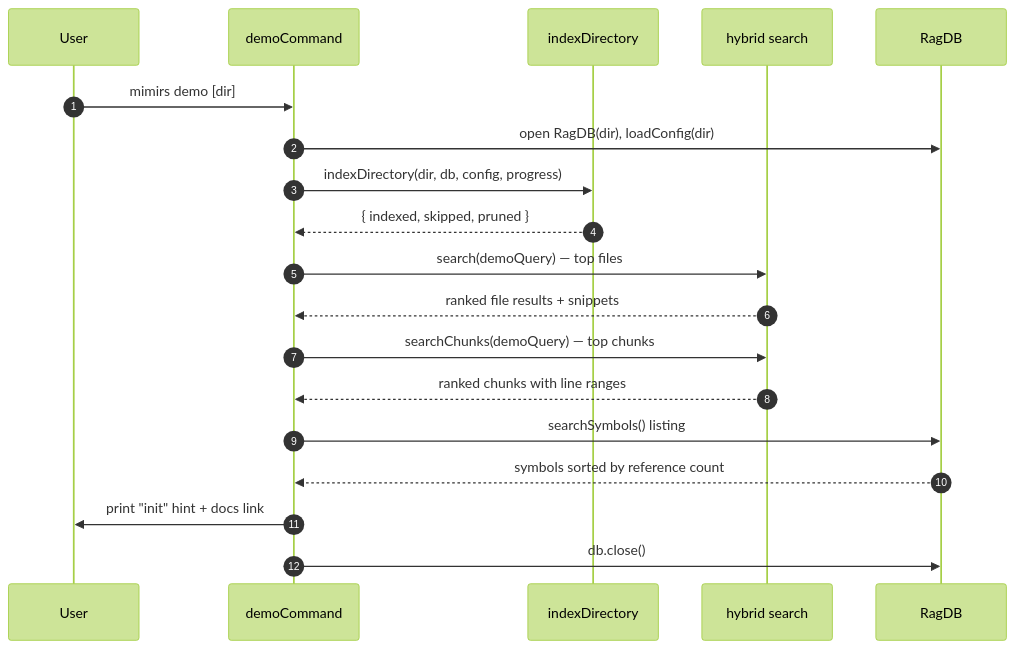
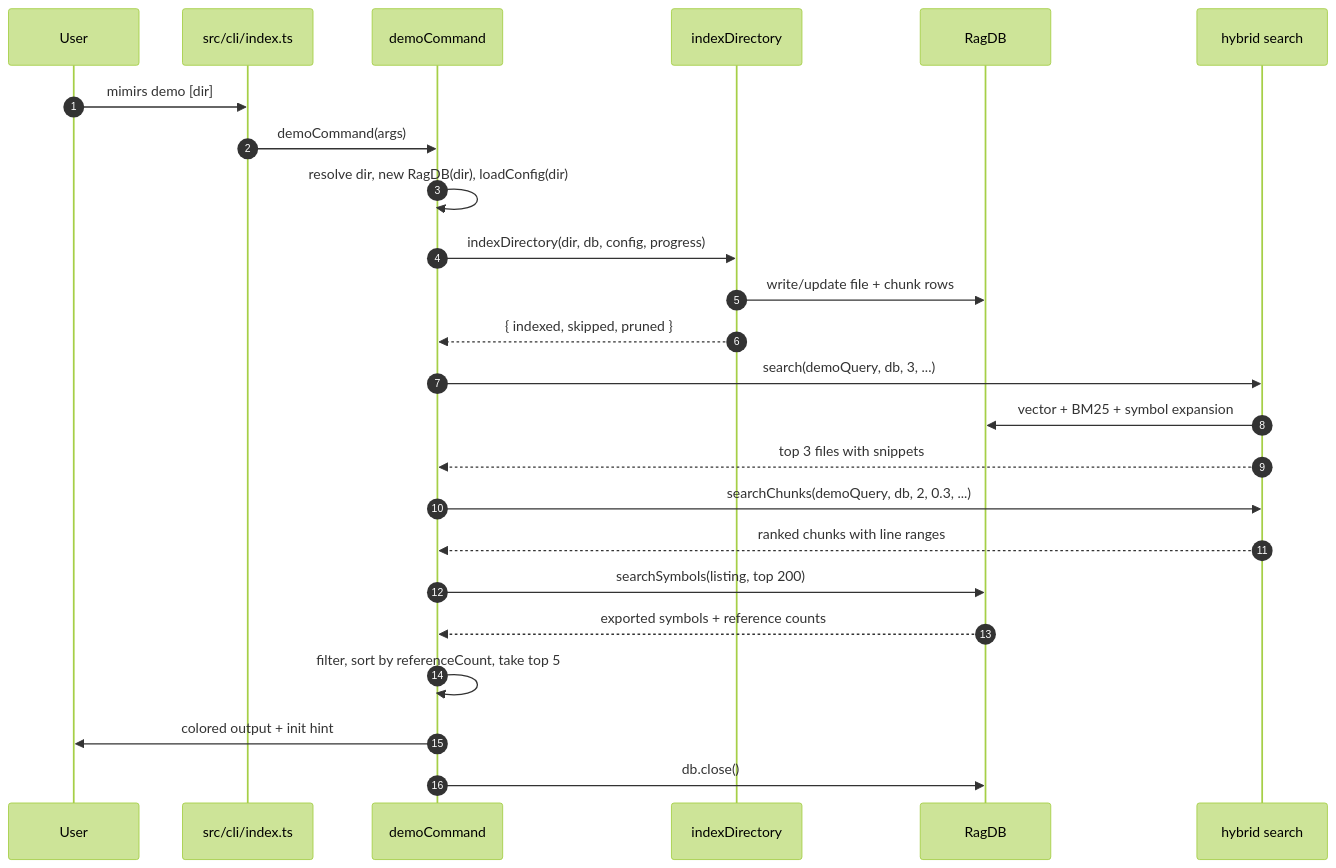
Before and after one commit to TheWinci/mimirs: the diagram in wiki/cli/demo.md, drawn with Mermaid (forest theme). The commit also changed other lines of this file and 51 other files, not shown here.

````diff
--- a/wiki/cli/demo.md
+++ b/wiki/cli/demo.md
@@ -9,21 +15,26 @@
 ```mermaid
 sequenceDiagram
-    autonumber
-    participant User
-    participant Cmd as demoCommand
-    participant Indexer as indexDirectory
-    participant Search as hybrid search
-    participant DB as RagDB
-    User->>Cmd: mimirs demo [dir]
-    Cmd->>DB: open RagDB(dir), loadConfig(dir)
-    Cmd->>Indexer: indexDirectory(dir, db, config, progress)
-    Indexer-->>Cmd: { indexed, skipped, pruned }
-    Cmd->>Search: search(demoQuery) — top files
-    Search-->>Cmd: ranked file results + snippets
-    Cmd->>Search: searchChunks(demoQuery) — top chunks
-    Search-->>Cmd: ranked chunks with line ranges
-    Cmd->>DB: searchSymbols() listing
-    DB-->>Cmd: symbols sorted by reference count
-    Cmd->>User: print "init" hint + docs link
-    Cmd->>DB: db.close()
+  autonumber
+  participant User
+  participant Router as src/cli/index.ts
+  participant Handler as demoCommand
+  participant Indexer as indexDirectory
+  participant DB as RagDB
+  participant Search as hybrid search
+  User->>Router: mimirs demo [dir]
+  Router->>Handler: demoCommand(args)
+  Handler->>Handler: resolve dir, new RagDB(dir), loadConfig(dir)
+  Handler->>Indexer: indexDirectory(dir, db, config, progress)
+  Indexer->>DB: write/update file + chunk rows
+  Indexer-->>Handler: { indexed, skipped, pruned }
+  Handler->>Search: search(demoQuery, db, 3, ...)
+  Search->>DB: vector + BM25 + symbol expansion
+  Search-->>Handler: top 3 files with snippets
+  Handler->>Search: searchChunks(demoQuery, db, 2, 0.3, ...)
+  Search-->>Handler: ranked chunks with line ranges
+  Handler->>DB: searchSymbols(listing, top 200)
+  DB-->>Handler: exported symbols + reference counts
+  Handler->>Handler: filter, sort by referenceCount, take top 5
+  Handler->>User: colored output + init hint
+  Handler->>DB: db.close()
 ```
````
